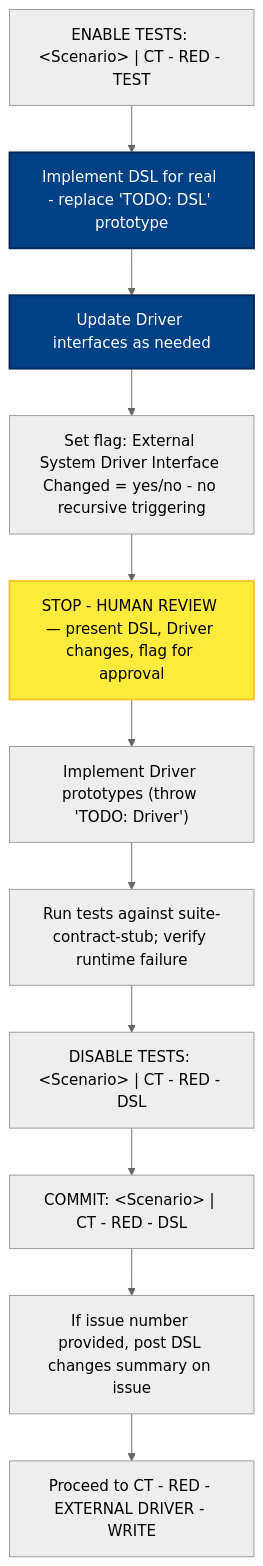
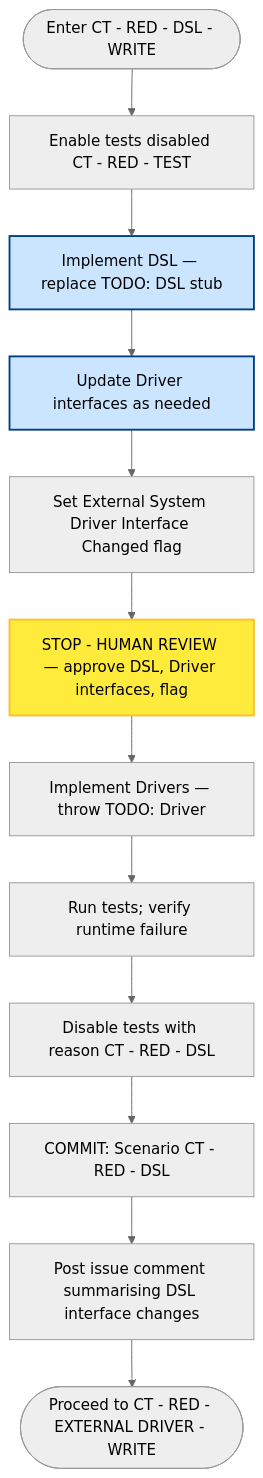
The sixth of 8 diagrams in docs/atdd/process/phase-details-diagram.md (optivem/starter), drawn with Mermaid (neutral theme) before and after one commit. The commit also changed other lines of this file and 1 other file, not shown here.

First line of the commit message:
Regenerate process diagrams after AT/CT phase doc split

````diff
--- a/docs/atdd/process/phase-details-diagram.md
+++ b/docs/atdd/process/phase-details-diagram.md
@@ -204,30 +205,32 @@
 ```mermaid
 flowchart TD
-    ENABLE["ENABLE TESTS: &lt;Scenario&gt; | CT - RED - TEST"]
-    IMPL_DSL[Implement DSL for real - replace 'TODO: DSL' prototype]
+    START([Enter CT - RED - DSL - WRITE])
+    ENABLE[Enable tests disabled CT - RED - TEST]
+    IMPL_DSL[Implement DSL — replace TODO: DSL stub]
     UPDATE_DRIVER_IFACE[Update Driver interfaces as needed]
-    CHECK_EXT[Set flag: External System Driver Interface Changed = yes/no - no recursive triggering]
-    STOP_WRITE[STOP - HUMAN REVIEW — present DSL, Driver changes, flag for approval]
-    IMPL_DRIVERS_PROTOTYPE["Implement Driver prototypes (throw 'TODO: Driver')"]
-    RUN_RUNTIME[Run tests against suite-contract-stub; verify runtime failure]
-    DISABLE["DISABLE TESTS: &lt;Scenario&gt; | CT - RED - DSL"]
-    COMMIT["COMMIT: &lt;Scenario&gt; | CT - RED - DSL"]
-    GH_COMMENT[If issue number provided, post DSL changes summary on issue]
-    PROCEED[Proceed to CT - RED - EXTERNAL DRIVER - WRITE]
+    SET_FLAG[Set External System Driver Interface Changed flag]
+    STOP_WRITE[STOP - HUMAN REVIEW — approve DSL, Driver interfaces, flag]
+    IMPL_DRIVERS[Implement Drivers — throw TODO: Driver]
+    RUN[Run tests; verify runtime failure]
+    DISABLE[Disable tests with reason CT - RED - DSL]
+    COMMIT[COMMIT: Scenario CT - RED - DSL]
+    POST_COMMENT[Post issue comment summarising DSL interface changes]
+    NEXT([Proceed to CT - RED - EXTERNAL DRIVER - WRITE])
 
+    START --> ENABLE
     ENABLE --> IMPL_DSL
     IMPL_DSL --> UPDATE_DRIVER_IFACE
-    UPDATE_DRIVER_IFACE --> CHECK_EXT
-    CHECK_EXT --> STOP_WRITE
-    STOP_WRITE --> IMPL_DRIVERS_PROTOTYPE
-    IMPL_DRIVERS_PROTOTYPE --> RUN_RUNTIME
-    RUN_RUNTIME --> DISABLE
+    UPDATE_DRIVER_IFACE --> SET_FLAG
+    SET_FLAG --> STOP_WRITE
+    STOP_WRITE --> IMPL_DRIVERS
+    IMPL_DRIVERS --> RUN
+    RUN --> DISABLE
     DISABLE --> COMMIT
-    COMMIT --> GH_COMMENT
-    GH_COMMENT --> PROCEED
+    COMMIT --> POST_COMMENT
+    POST_COMMENT --> NEXT
 
-    classDef effortNode fill:#004085,stroke:#002752,stroke-width:2px,color:#fff
+    classDef effortNode fill:#cce5ff,stroke:#004085,stroke-width:2px
     class IMPL_DSL,UPDATE_DRIVER_IFACE effortNode
     classDef humanReviewNode fill:#ffeb3b,stroke:#fbc02d,stroke-width:2px,color:#000
     class STOP_WRITE humanReviewNode
 ```
````
